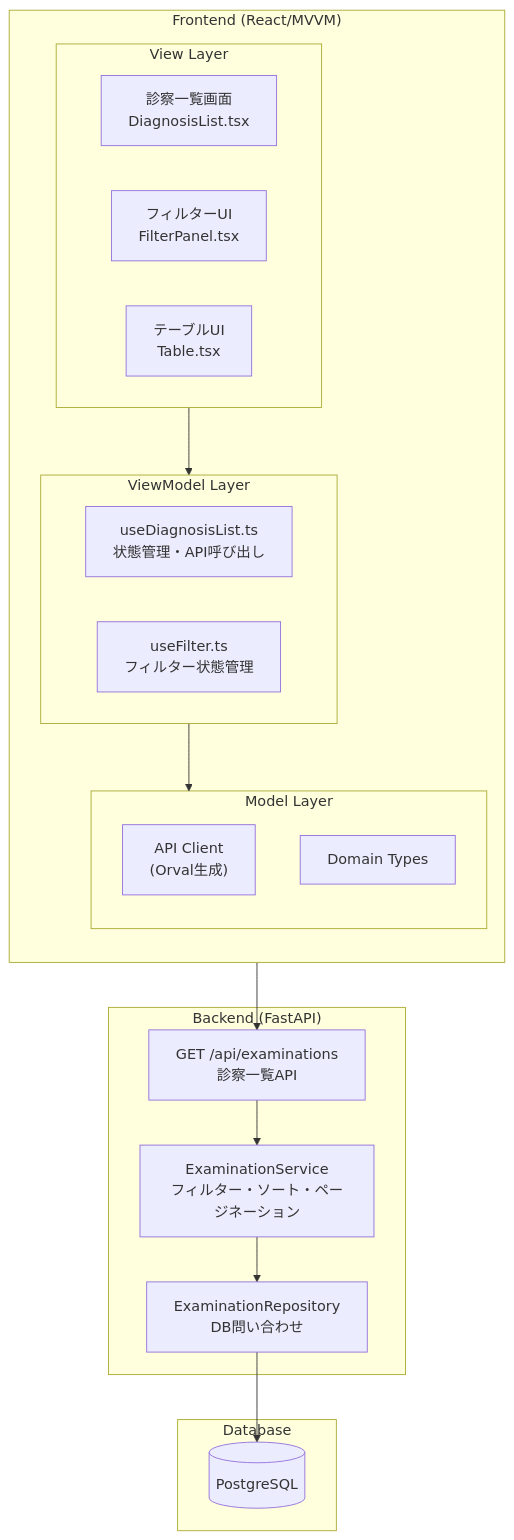
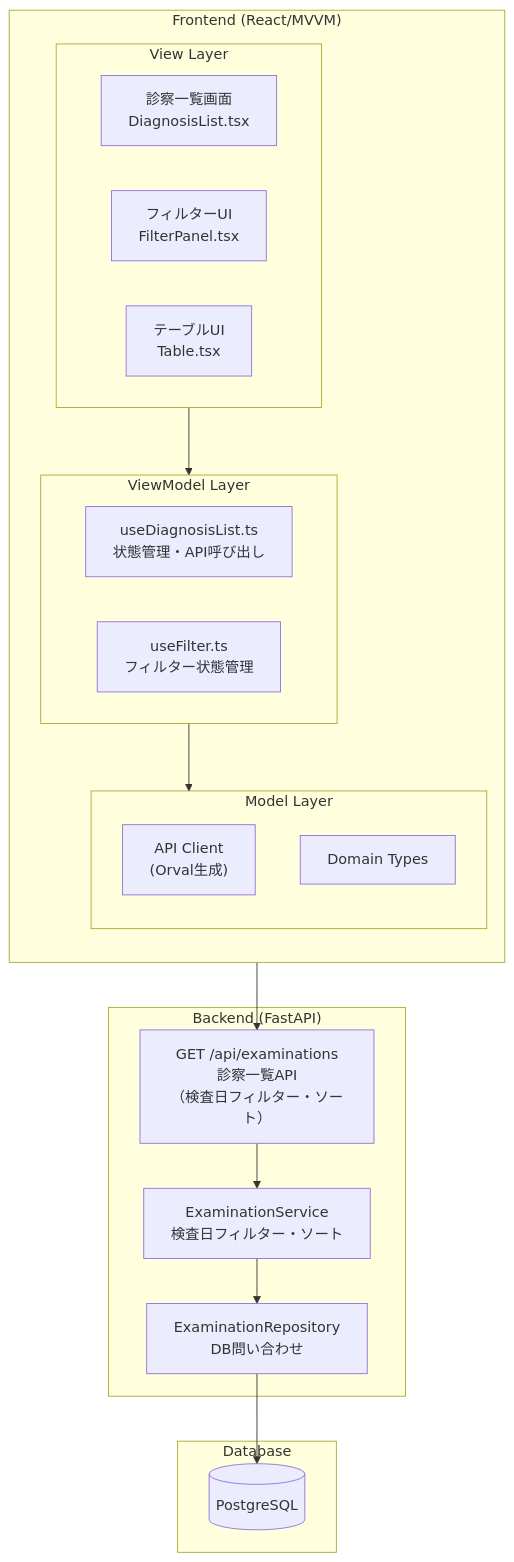
One commit to Universal-Micro-Networks/ecg-mi-inference changed the diagram in .kiro/specs/diagnosis-list/requirements.md. Above: the diagram before and after it, drawn with Mermaid. The commit also changed other lines of this file and 4 other files, not shown here.

````diff
--- a/.kiro/specs/diagnosis-list/requirements.md
+++ b/.kiro/specs/diagnosis-list/requirements.md
@@ -178,39 +149,39 @@
 ```mermaid
 flowchart TB
     subgraph FE["Frontend (React/MVVM)"]
         direction TB
         subgraph View["View Layer"]
             DL["診察一覧画面<br/>DiagnosisList.tsx"]
             FT["フィルターUI<br/>FilterPanel.tsx"]
             TB["テーブルUI<br/>Table.tsx"]
         end
 
         subgraph VM["ViewModel Layer"]
             UDL["useDiagnosisList.ts<br/>状態管理・API呼び出し"]
             UFL["useFilter.ts<br/>フィルター状態管理"]
         end
 
         subgraph Model["Model Layer"]
             API["API Client<br/>(Orval生成)"]
             DT["Domain Types"]
         end
 
         View --> VM
         VM --> Model
     end
 
     subgraph BE["Backend (FastAPI)"]
-        EP["GET /api/examinations<br/>診察一覧API"]
-        ES["ExaminationService<br/>フィルター・ソート・ページネーション"]
+        EP["GET /api/examinations<br/>診察一覧API<br/>（検査日フィルター・ソート）"]
+        ES["ExaminationService<br/>検査日フィルター・ソート"]
         ER["ExaminationRepository<br/>DB問い合わせ"]
     end
 
     subgraph DB["Database"]
         PG[(PostgreSQL)]
     end
 
     API --> EP
     EP --> ES
     ES --> ER
     ER --> PG
 ```
````
